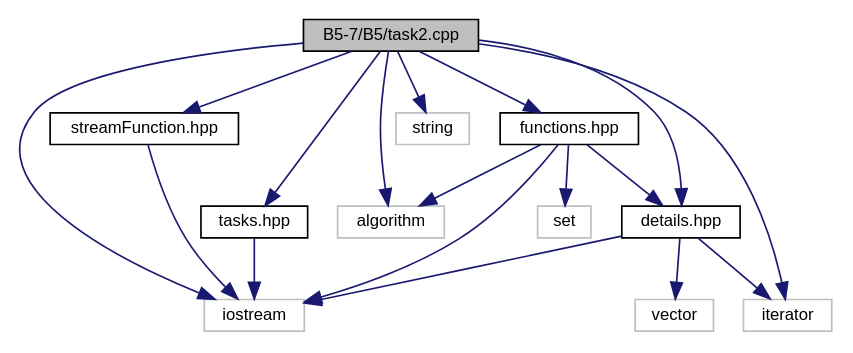
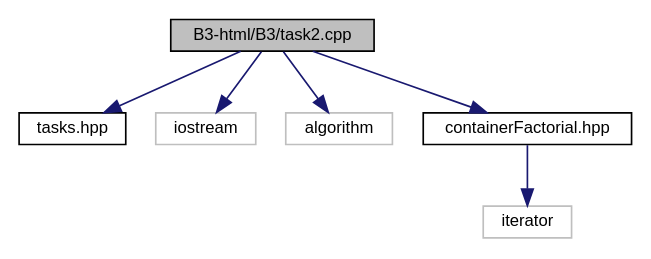
The diagram in task2_8cpp__incl.dot (foxthere/foxthere.github.io), drawn with Graphviz before and after one commit. The commit also changed 309 other files, not shown here.

```diff
--- a/task2_8cpp__incl.dot
+++ b/task2_8cpp__incl.dot
@@ -1,34 +1,17 @@
-digraph "B5-7/B5/task2.cpp"
+digraph "B3-html/B3/task2.cpp"
 {
  // LATEX_PDF_SIZE
   edge [fontname="Helvetica",fontsize="10",labelfontname="Helvetica",labelfontsize="10"];
   node [fontname="Helvetica",fontsize="10",shape=record];
-  Node1 [label="B5-7/B5/task2.cpp",height=0.2,width=0.4,color="black", fillcolor="grey75", style="filled", fontcolor="black",tooltip=" "];
+  Node1 [label="B3-html/B3/task2.cpp",height=0.2,width=0.4,color="black", fillcolor="grey75", style="filled", fontcolor="black",tooltip=" "];
   Node1 -> Node2 [color="midnightblue",fontsize="10",style="solid",fontname="Helvetica"];
   Node2 [label="tasks.hpp",height=0.2,width=0.4,color="black", fillcolor="white", style="filled",URL="$tasks_8hpp.html",tooltip=" "];
-  Node2 -> Node3 [color="midnightblue",fontsize="10",style="solid",fontname="Helvetica"];
+  Node1 -> Node3 [color="midnightblue",fontsize="10",style="solid",fontname="Helvetica"];
   Node3 [label="iostream",height=0.2,width=0.4,color="grey75", fillcolor="white", style="filled",tooltip=" "];
-  Node1 -> Node3 [color="midnightblue",fontsize="10",style="solid",fontname="Helvetica"];
   Node1 -> Node4 [color="midnightblue",fontsize="10",style="solid",fontname="Helvetica"];
-  Node4 [label="iterator",height=0.2,width=0.4,color="grey75", fillcolor="white", style="filled",tooltip=" "];
+  Node4 [label="algorithm",height=0.2,width=0.4,color="grey75", fillcolor="white", style="filled",tooltip=" "];
   Node1 -> Node5 [color="midnightblue",fontsize="10",style="solid",fontname="Helvetica"];
-  Node5 [label="algorithm",height=0.2,width=0.4,color="grey75", fillcolor="white", style="filled",tooltip=" "];
-  Node1 -> Node6 [color="midnightblue",fontsize="10",style="solid",fontname="Helvetica"];
-  Node6 [label="string",height=0.2,width=0.4,color="grey75", fillcolor="white", style="filled",tooltip=" "];
-  Node1 -> Node7 [color="midnightblue",fontsize="10",style="solid",fontname="Helvetica"];
-  Node7 [label="details.hpp",height=0.2,width=0.4,color="black", fillcolor="white", style="filled",URL="$details_8hpp.html",tooltip=" "];
-  Node7 -> Node8 [color="midnightblue",fontsize="10",style="solid",fontname="Helvetica"];
-  Node8 [label="vector",height=0.2,width=0.4,color="grey75", fillcolor="white", style="filled",tooltip=" "];
-  Node7 -> Node3 [color="midnightblue",fontsize="10",style="solid",fontname="Helvetica"];
-  Node7 -> Node4 [color="midnightblue",fontsize="10",style="solid",fontname="Helvetica"];
-  Node1 -> Node9 [color="midnightblue",fontsize="10",style="solid",fontname="Helvetica"];
-  Node9 [label="functions.hpp",height=0.2,width=0.4,color="black", fillcolor="white", style="filled",URL="$functions_8hpp.html",tooltip=" "];
-  Node9 -> Node3 [color="midnightblue",fontsize="10",style="solid",fontname="Helvetica"];
-  Node9 -> Node10 [color="midnightblue",fontsize="10",style="solid",fontname="Helvetica"];
-  Node10 [label="set",height=0.2,width=0.4,color="grey75", fillcolor="white", style="filled",tooltip=" "];
-  Node9 -> Node7 [color="midnightblue",fontsize="10",style="solid",fontname="Helvetica"];
-  Node9 -> Node5 [color="midnightblue",fontsize="10",style="solid",fontname="Helvetica"];
-  Node1 -> Node11 [color="midnightblue",fontsize="10",style="solid",fontname="Helvetica"];
-  Node11 [label="streamFunction.hpp",height=0.2,width=0.4,color="black", fillcolor="white", style="filled",URL="$stream_function_8hpp.html",tooltip=" "];
-  Node11 -> Node3 [color="midnightblue",fontsize="10",style="solid",fontname="Helvetica"];
+  Node5 [label="containerFactorial.hpp",height=0.2,width=0.4,color="black", fillcolor="white", style="filled",URL="$container_factorial_8hpp.html",tooltip=" "];
+  Node5 -> Node6 [color="midnightblue",fontsize="10",style="solid",fontname="Helvetica"];
+  Node6 [label="iterator",height=0.2,width=0.4,color="grey75", fillcolor="white", style="filled",tooltip=" "];
 }
```
